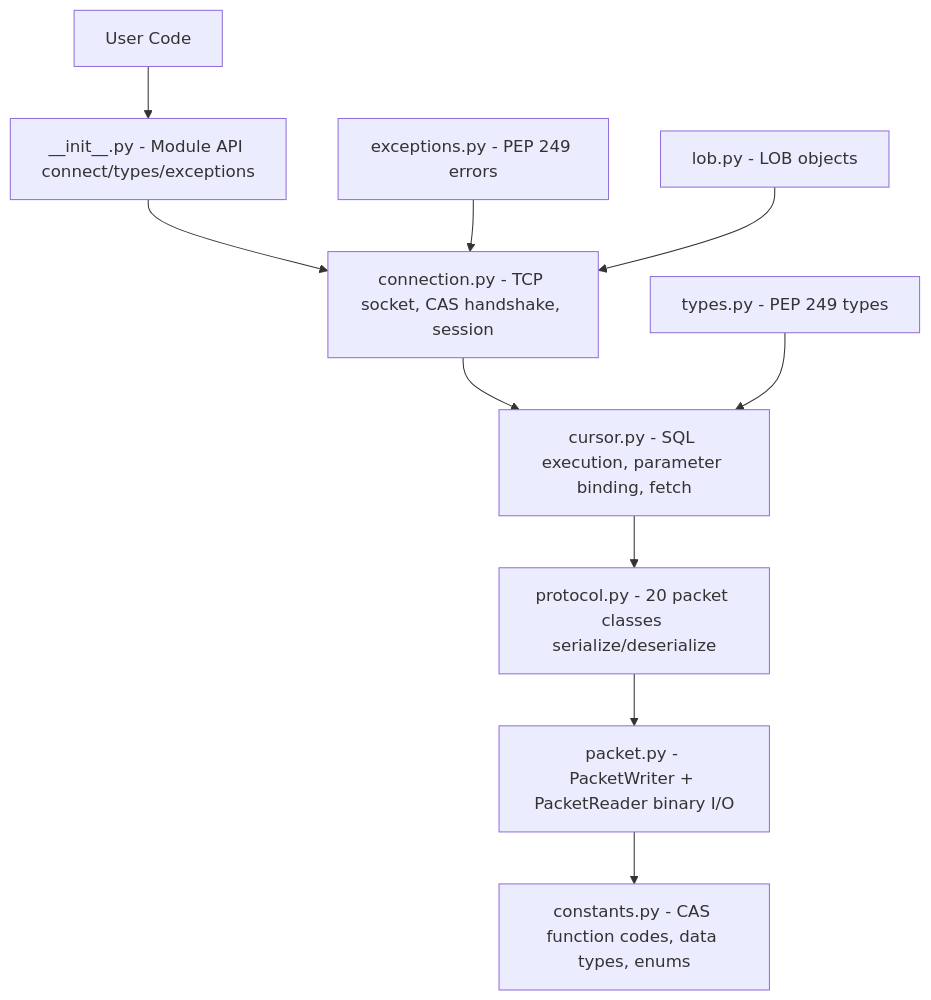
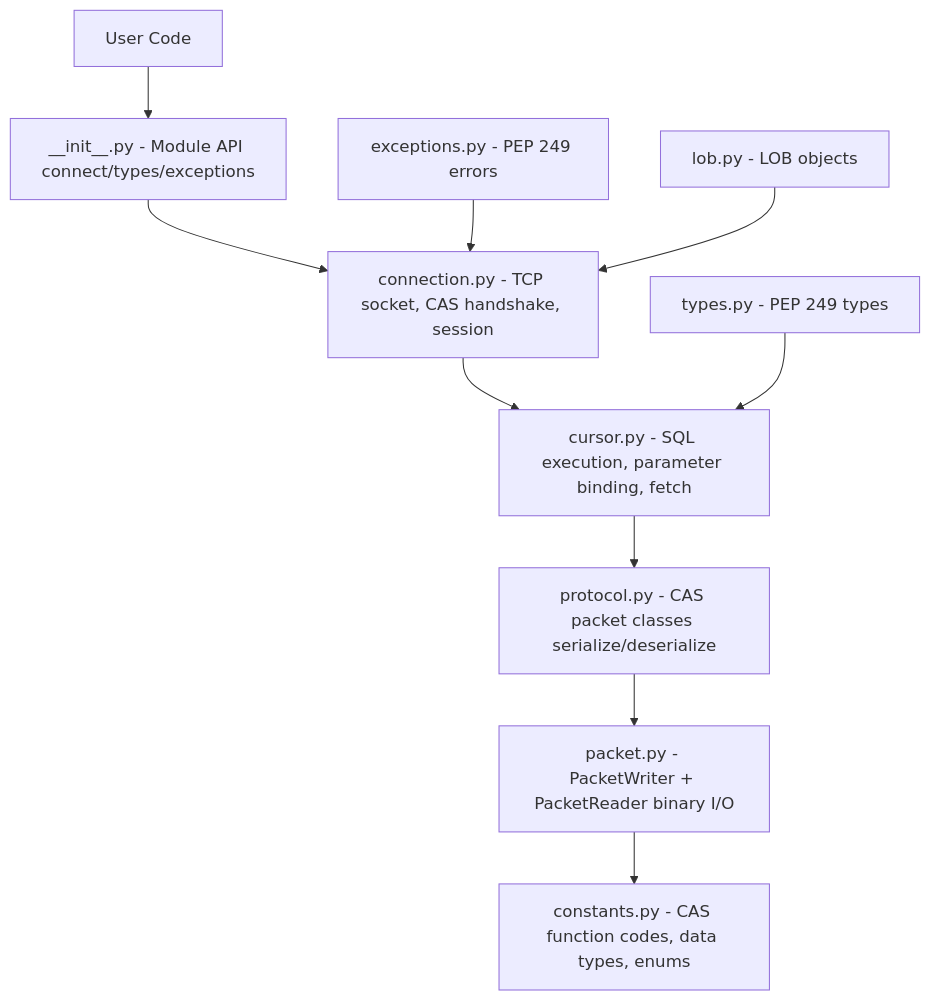
Before and after one commit to cubrid-lab/pycubrid: the second of 2 diagrams in docs/DEVELOPMENT.md, drawn with Mermaid. The commit also changed other lines of this file and 3 other files, not shown here.

Commit message:
docs(development): match the project structure and architecture diagrams to the repository

````diff
--- a/docs/DEVELOPMENT.md
+++ b/docs/DEVELOPMENT.md
@@ -940,13 +939,13 @@
 ```mermaid
 graph TD
     user[User Code] --> init[__init__.py - Module API connect/types/exceptions]
     init --> connection[connection.py - TCP socket, CAS handshake, session]
     connection --> cursor[cursor.py - SQL execution, parameter binding, fetch]
-    cursor --> protocol[protocol.py - 20 packet classes serialize/deserialize]
+    cursor --> protocol[protocol.py - CAS packet classes serialize/deserialize]
     protocol --> packet[packet.py - PacketWriter + PacketReader binary I/O]
     packet --> constants[constants.py - CAS function codes, data types, enums]
 
     types[types.py - PEP 249 types] --> cursor
     exceptions[exceptions.py - PEP 249 errors] --> connection
     lob[lob.py - LOB objects] --> connection
 ```
````
